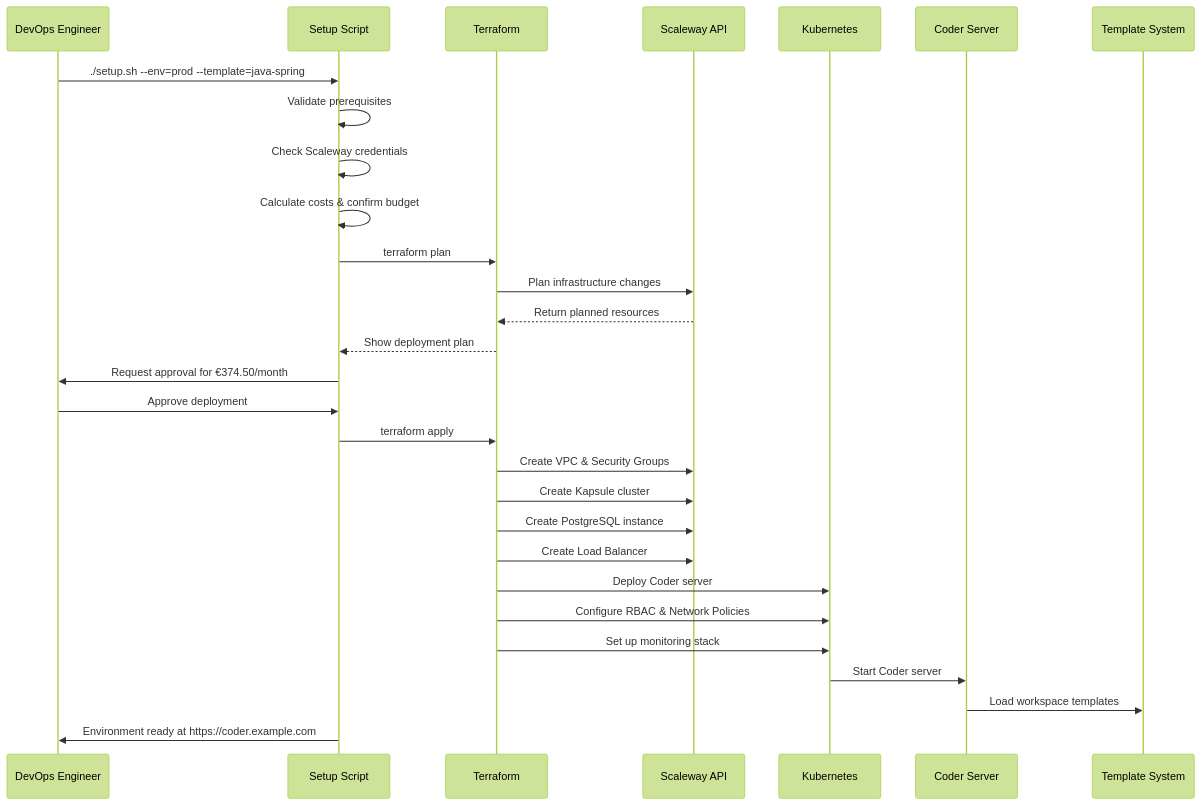
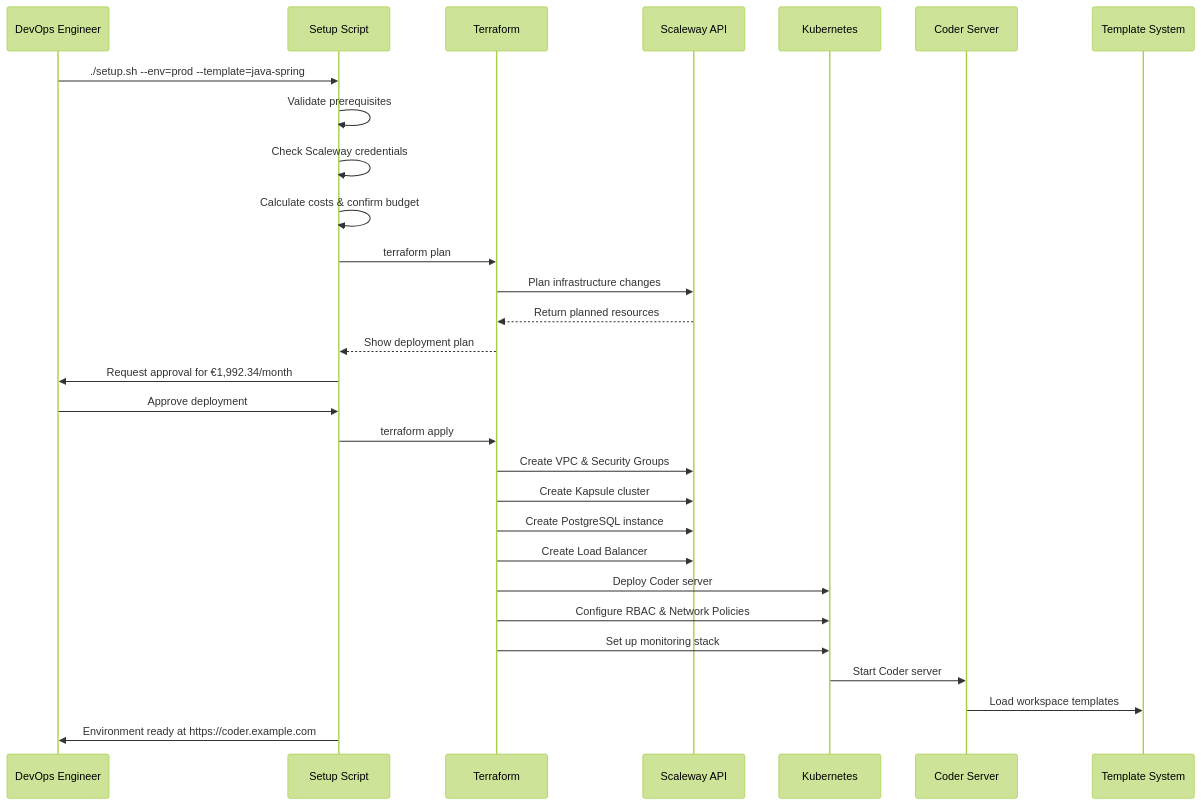
One commit to pacphi/bootstrap-coder-on-scaleway changed the sixth of 23 diagrams in docs/ARCHITECTURE.md. Above: the diagram before and after it, drawn with Mermaid (forest theme). The commit also changed other lines of this file and 11 other files, not shown here.

````diff
--- a/docs/ARCHITECTURE.md
+++ b/docs/ARCHITECTURE.md
@@ -300,38 +300,38 @@
 ```mermaid
 sequenceDiagram
     participant DevOps as DevOps Engineer
     participant SetupScript as Setup Script
     participant Terraform as Terraform
     participant Scaleway as Scaleway API
     participant K8s as Kubernetes
     participant Coder as Coder Server
     participant Template as Template System
 
     DevOps->>SetupScript: ./setup.sh --env=prod --template=java-spring
     SetupScript->>SetupScript: Validate prerequisites
     SetupScript->>SetupScript: Check Scaleway credentials
     SetupScript->>SetupScript: Calculate costs & confirm budget
 
     SetupScript->>Terraform: terraform plan
     Terraform->>Scaleway: Plan infrastructure changes
     Scaleway-->>Terraform: Return planned resources
     Terraform-->>SetupScript: Show deployment plan
 
-    SetupScript->>DevOps: Request approval for €374.50/month
+    SetupScript->>DevOps: Request approval for €1,992.34/month
     DevOps->>SetupScript: Approve deployment
 
     SetupScript->>Terraform: terraform apply
     Terraform->>Scaleway: Create VPC & Security Groups
     Terraform->>Scaleway: Create Kapsule cluster
     Terraform->>Scaleway: Create PostgreSQL instance
     Terraform->>Scaleway: Create Load Balancer
 
     Terraform->>K8s: Deploy Coder server
     Terraform->>K8s: Configure RBAC & Network Policies
     Terraform->>K8s: Set up monitoring stack
 
     K8s->>Coder: Start Coder server
     Coder->>Template: Load workspace templates
 
     SetupScript->>DevOps: Environment ready at https://coder.example.com
 ```
````
